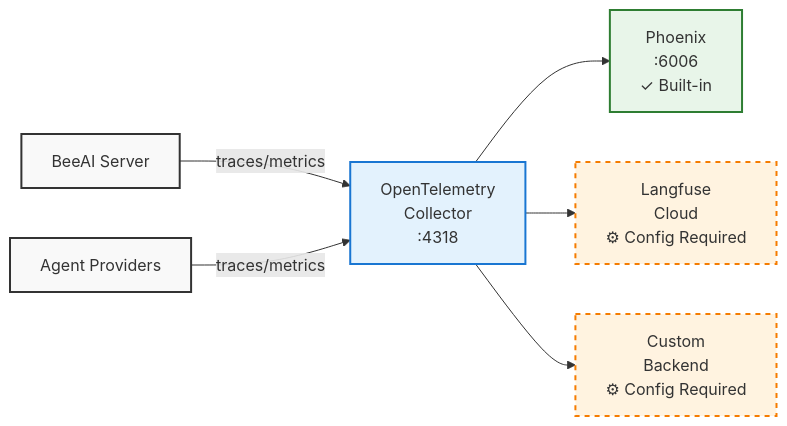
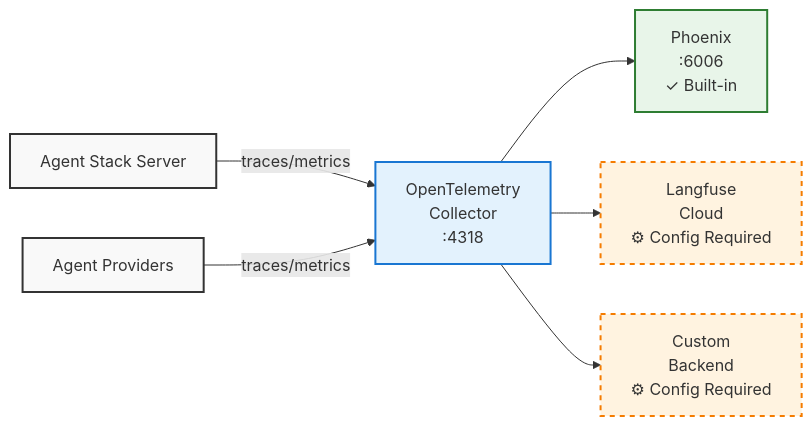
The diagram in docs/concepts/observability.mdx (nagyist/beeai-platform), drawn with Mermaid before and after one commit. The commit also changed other lines of this file and 51 other files, not shown here.

````diff
--- a/docs/concepts/observability.mdx
+++ b/docs/concepts/observability.mdx
@@ -8,32 +8,32 @@
 ```mermaid
 graph LR
     %% Sources
-    BeeAI[BeeAI Server] 
+    AgentStack[Agent Stack Server] 
     Agent[Agent Providers]
     
     %% Collector
     OTLP[OpenTelemetry<br/>Collector<br/>:4318]
     
     %% Destinations
     Phoenix[Phoenix<br/>:6006<br/>✓ Built-in]
     Langfuse[Langfuse<br/>Cloud<br/>⚙ Config Required]
     Custom[Custom<br/>Backend<br/>⚙ Config Required]
     
     %% Data flows
-    BeeAI -->|traces/metrics| OTLP
+    AgentStack -->|traces/metrics| OTLP
     Agent -->|traces/metrics| OTLP
     
     OTLP --> Phoenix
     OTLP --> Langfuse
     OTLP --> Custom
     
     %% Simple styling
     classDef default fill:#f9f9f9,stroke:#333,stroke-width:2px
     classDef collector fill:#e3f2fd,stroke:#1976d2,stroke-width:2px
     classDef builtin fill:#e8f5e9,stroke:#2e7d32,stroke-width:2px
     classDef optional fill:#fff3e0,stroke:#f57c00,stroke-width:2px,stroke-dasharray: 5 5
     
     class OTLP collector
     class Phoenix builtin
     class Langfuse,Custom optional
 ```
````
